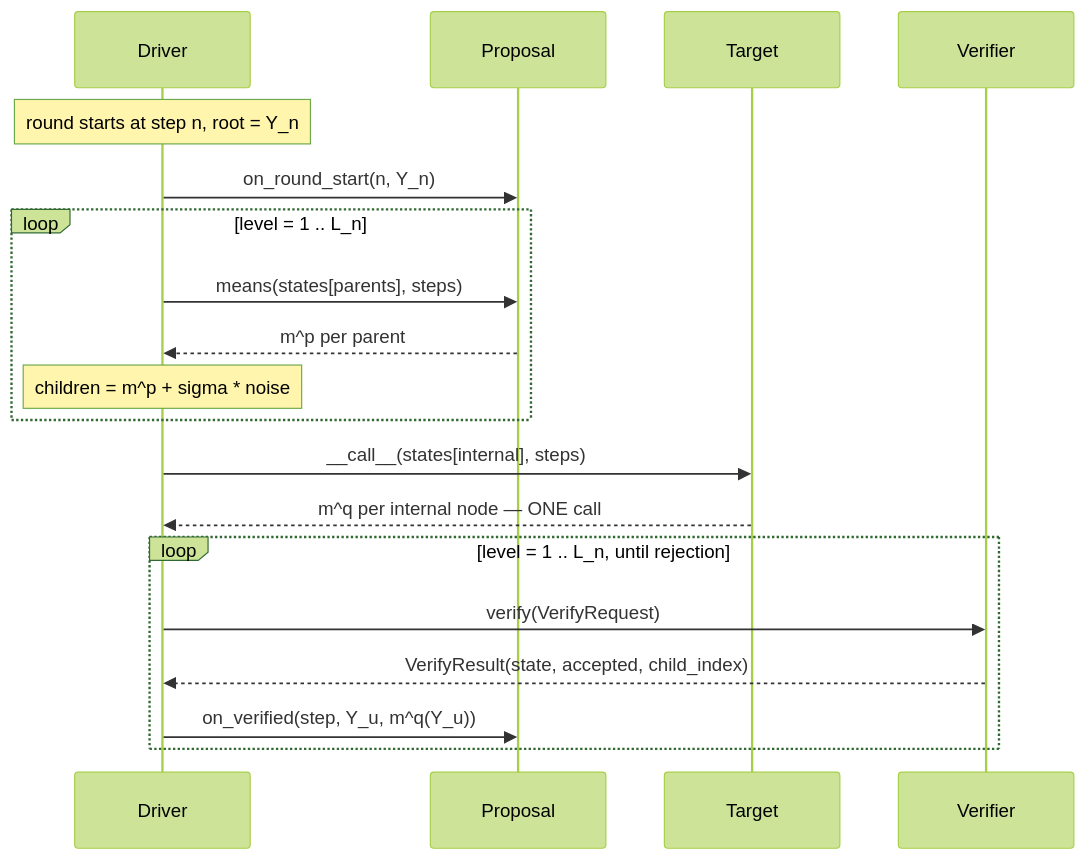
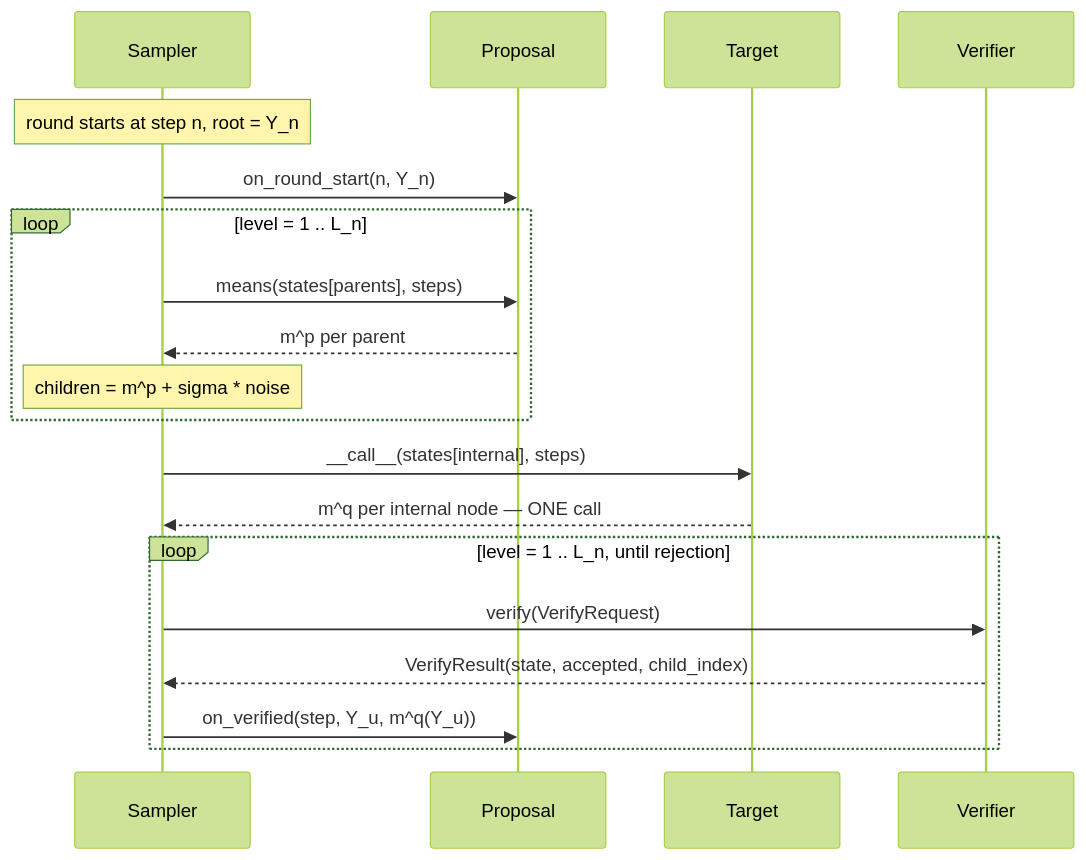
One commit to marcellobullo/tree-specdiff changed the third of 3 diagrams in docs/architecture.md. Above: the diagram before and after it, drawn with Mermaid (forest theme). The commit also changed other lines of this file and 21 other files, not shown here.

````diff
--- a/docs/architecture.md
+++ b/docs/architecture.md
@@ -132,21 +132,21 @@
 ```mermaid
 sequenceDiagram
-    participant D as Driver
+    participant S as Sampler
     participant P as Proposal
     participant T as Target
     participant V as Verifier
-    Note over D: round starts at step n, root = Y_n
-    D->>P: on_round_start(n, Y_n)
+    Note over S: round starts at step n, root = Y_n
+    S->>P: on_round_start(n, Y_n)
     loop level = 1 .. L_n
-        D->>P: means(states[parents], steps)
-        P-->>D: m^p per parent
-        Note over D: children = m^p + sigma * noise
+        S->>P: means(states[parents], steps)
+        P-->>S: m^p per parent
+        Note over S: children = m^p + sigma * noise
     end
-    D->>T: __call__(states[internal], steps)
-    T-->>D: m^q per internal node — ONE call
+    S->>T: __call__(states[internal], steps)
+    T-->>S: m^q per internal node — ONE call
     loop level = 1 .. L_n, until rejection
-        D->>V: verify(VerifyRequest)
-        V-->>D: VerifyResult(state, accepted, child_index)
-        D->>P: on_verified(step, Y_u, m^q(Y_u))
+        S->>V: verify(VerifyRequest)
+        V-->>S: VerifyResult(state, accepted, child_index)
+        S->>P: on_verified(step, Y_u, m^q(Y_u))
     end
 ```
````
